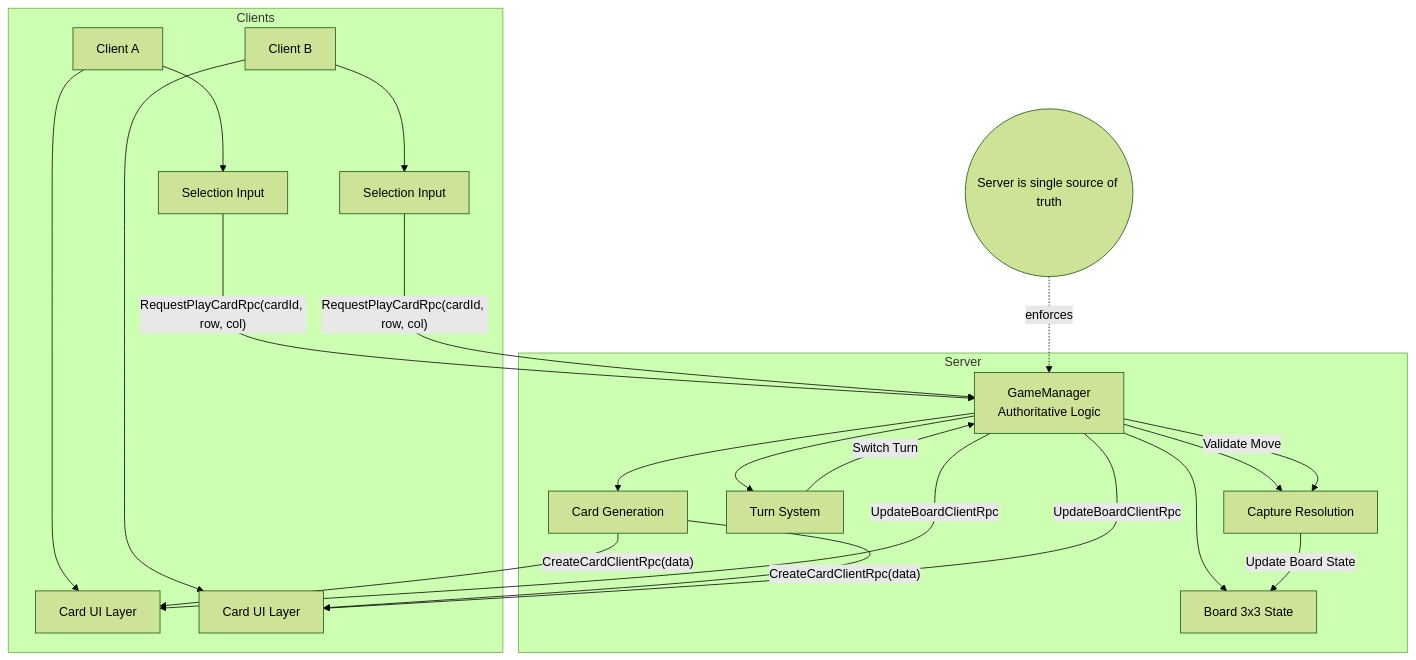
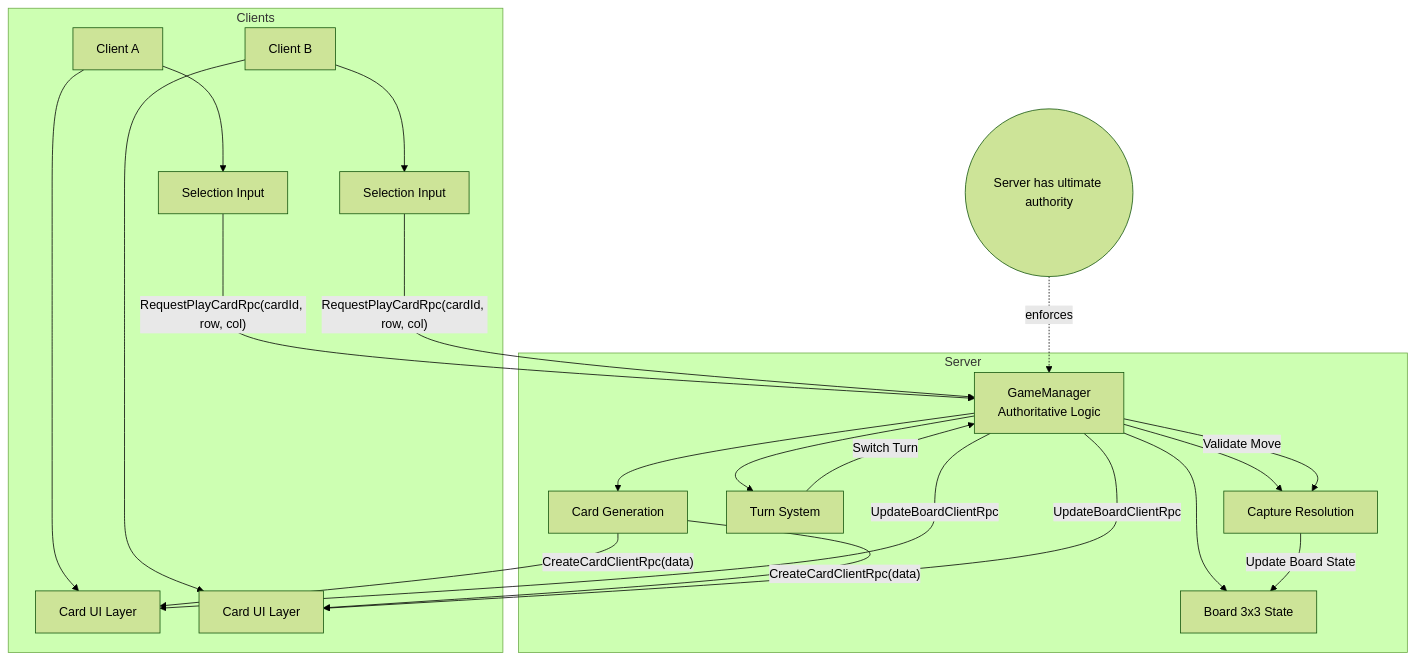
One commit to bernabarros/SRJ_ProjectTT changed the diagram in README.md. Above: the diagram before and after it, drawn with Mermaid (forest theme).

````diff
--- a/README.md
+++ b/README.md
@@ -29,57 +29,57 @@
 ```mermaid
 flowchart TD
 %% =========================
 %% CLIENTS
 %% =========================
 subgraph Clients
     A[Client A] --> A1[Card UI Layer]
     A --> A2[Selection Input]
 
     B[Client B] --> B1[Card UI Layer]
     B --> B2[Selection Input]
 end
 
 %% =========================
 %% SERVER
 %% =========================
 subgraph Server
     S1[GameManager<br/>Authoritative Logic]
     S2[Board 3x3 State]
     S3[Card Generation]
     S4[Turn System]
     S5[Capture Resolution]
 
     S1 --> S2
     S1 --> S3
     S1 --> S4
     S1 --> S5
 end
 
 %% =========================
 %% NETWORK FLOW
 %% =========================
 
 A2 -- RequestPlayCardRpc(cardId, row, col) --> S1
 B2 -- RequestPlayCardRpc(cardId, row, col) --> S1
 
 S1 -- Validate Move --> S5
 S5 -- Update Board State --> S2
 S4 -- Switch Turn --> S1
 
 %% =========================
 %% VISUAL SYNC
 %% =========================
 
 S3 -- CreateCardClientRpc(data) --> A1
 S3 -- CreateCardClientRpc(data) --> B1
 
 S1 -- UpdateBoardClientRpc --> A1
 S1 -- UpdateBoardClientRpc --> B1
 
 %% =========================
 %% RULES NOTE
 %% =========================
 
-N1((Server is single source of truth))
+N1((Server has ultimate authority))
 N1 -. enforces .-> S1
 ```
````
